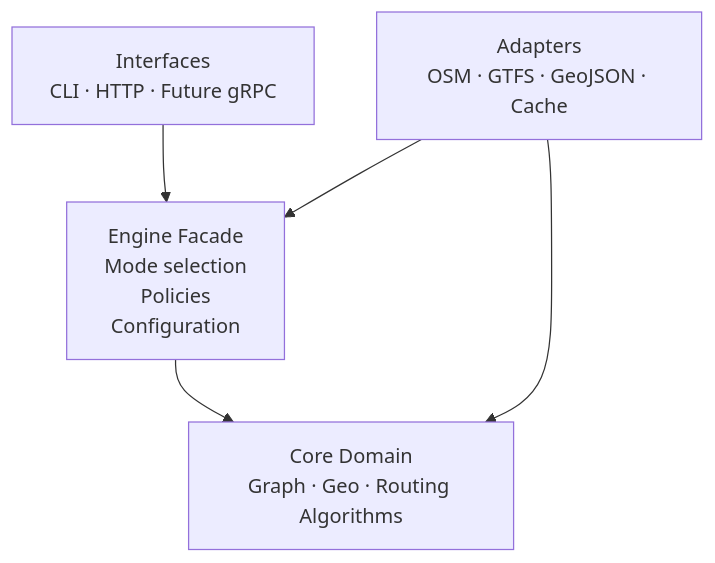
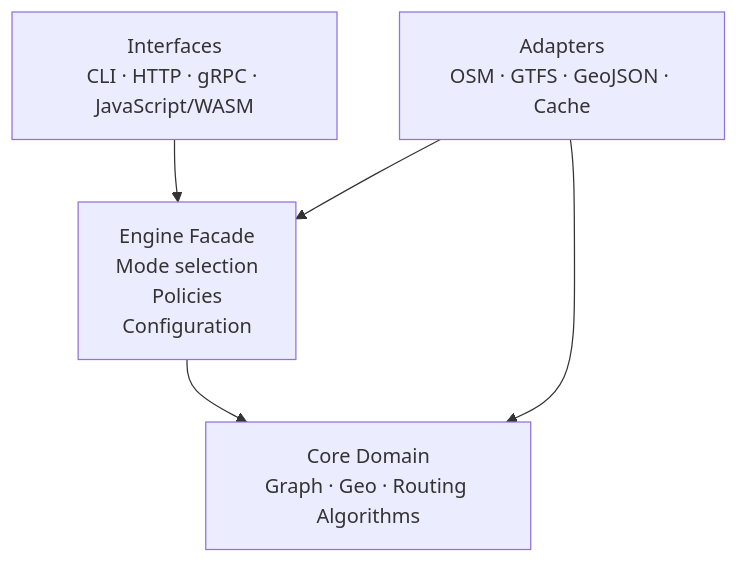
Before and after one commit to danielscoffee/pathcraft: the diagram in docs/architecture/overview.md, drawn with Mermaid. The commit also changed other lines of this file and 11 other files, not shown here.

````diff
--- a/docs/architecture/overview.md
+++ b/docs/architecture/overview.md
@@ -41,17 +41,17 @@
 ```mermaid
 flowchart TB
     %% Layers
-    Interfaces["Interfaces<br/>CLI · HTTP · Future gRPC"]
+    Interfaces["Interfaces<br/>CLI · HTTP · gRPC · JavaScript/WASM"]
 
     Engine["Engine Facade<br/>Mode selection<br/>Policies<br/>Configuration"]
 
     Core["Core Domain<br/>Graph · Geo · Routing Algorithms"]
 
     Adapters["Adapters<br/>OSM · GTFS · GeoJSON · Cache"]
 
     %% Dependency flow (top-down usage, bottom-up dependencies)
     Interfaces --> Engine
     Engine --> Core
     Adapters --> Core
     Adapters --> Engine
 ```
````
